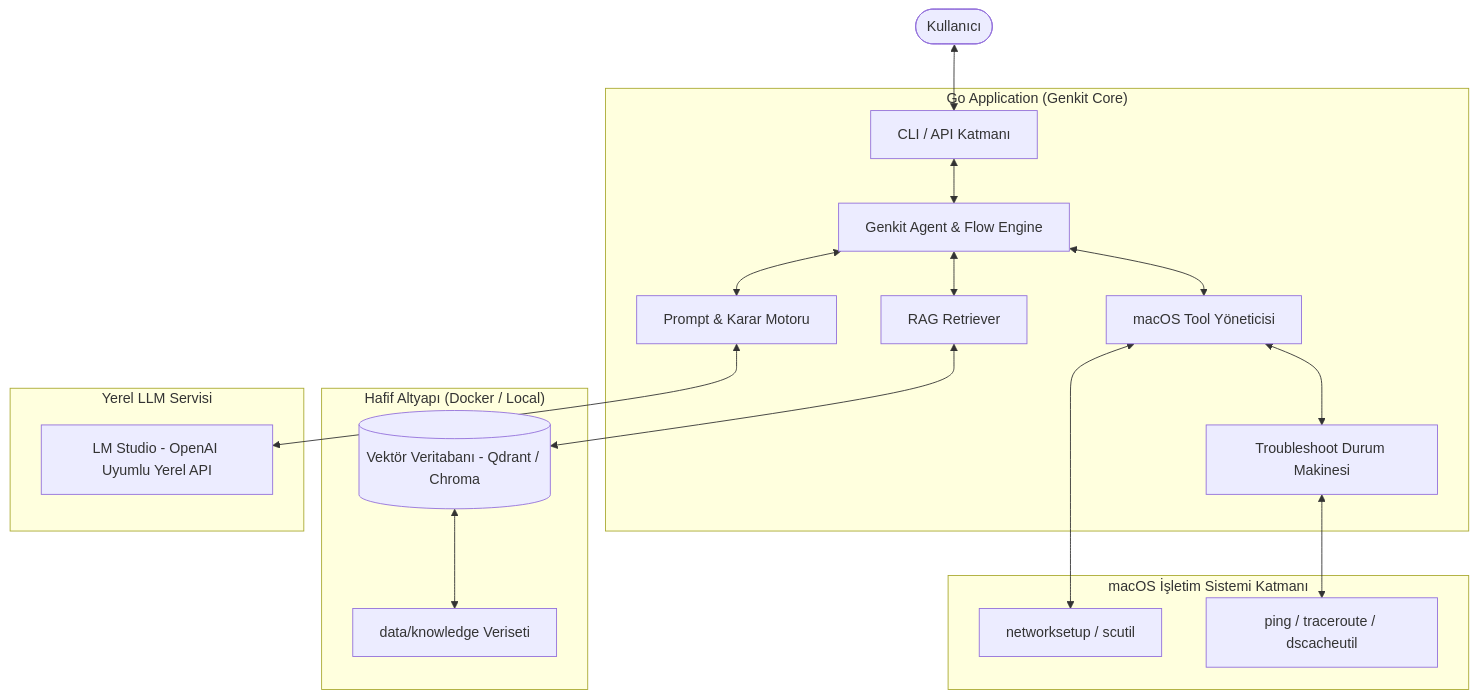
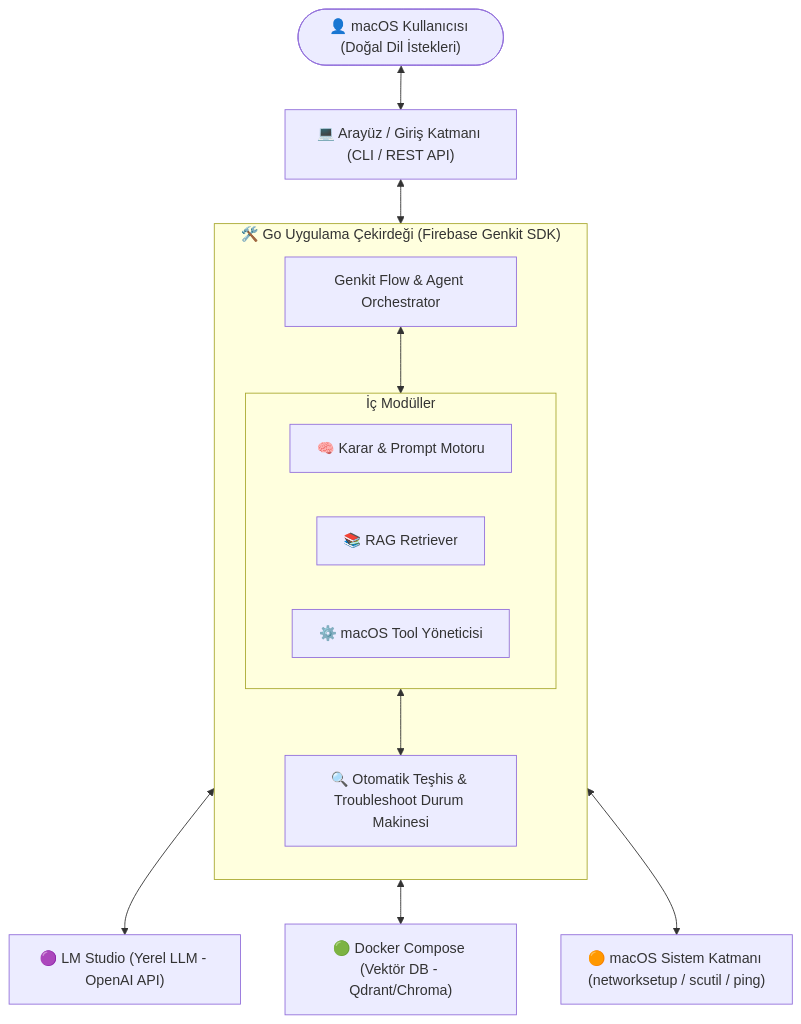
One commit to SametKula/staj-projesi changed the diagram in chatbot-mimari.md. Above: the diagram before and after it, drawn with Mermaid. The commit also changed 3 other files, not shown here.

Commit message:
docs: add high-res architecture diagram and updated vertical flow

````diff
--- a/chatbot-mimari.md
+++ b/chatbot-mimari.md
@@ -24,26 +26,27 @@
 ```mermaid
-graph TD
-    User([Kullanıcı]) <--> Interface[CLI / API Katmanı]
+flowchart TD
+    User(["👤 macOS Kullanıcısı (Doğal Dil İstekleri)"]) <--> Interface["💻 Arayüz / Giriş Katmanı (CLI / REST API)"]
     
-    subgraph Core ["Go Application (Genkit Core)"]
-        Interface <--> GenkitFlow[Genkit Agent & Flow Engine]
-        GenkitFlow <--> PromptEngine[Prompt & Karar Motoru]
-        GenkitFlow <--> Retriever[RAG Retriever]
-        GenkitFlow <--> ToolManager[macOS Tool Yöneticisi]
-        ToolManager <--> TroubleshootFSM[Troubleshoot Durum Makinesi]
+    Interface <--> Core
+
+    subgraph Core ["🛠️ Go Uygulama Çekirdeği (Firebase Genkit SDK)"]
+        direction TB
+        GenkitAgent["Genkit Flow & Agent Orchestrator"]
+        
+        subgraph CoreModules ["İç Modüller"]
+            direction LR
+            Decision["🧠 Karar & Prompt Motoru"]
+            RAG["📚 RAG Retriever"]
+            ToolMgr["⚙️ macOS Tool Yöneticisi"]
+        end
+        
+        Diagnostics["🔍 Otomatik Teşhis & Troubleshoot Durum Makinesi"]
+        
+        GenkitAgent <--> CoreModules
+        ToolMgr <--> Diagnostics
     end
 
-    subgraph Storage ["Hafif Altyapı (Docker / Local)"]
-        Retriever <--> VectorDB[(Vektör Veritabanı - Qdrant / Chroma)]
-        VectorDB <--> KnowledgeBase[data/knowledge Veriseti]
-    end
-
-    subgraph LLM ["Yerel LLM Servisi"]
-        PromptEngine <--> LMStudio[LM Studio - OpenAI Uyumlu Yerel API]
-    end
-
-    subgraph OS ["macOS İşletim Sistemi Katmanı"]
-        ToolManager <--> NetworksetupCLI[networksetup / scutil]
-        TroubleshootFSM <--> PingRouteCLI[ping / traceroute / dscacheutil]
-    end
+    Decision <--> LLM["🟣 LM Studio (Yerel LLM - OpenAI API)"]
+    RAG <--> Storage["🟢 Docker Compose (Vektör DB - Qdrant/Chroma)"]
+    ToolMgr <--> OS["🟠 macOS Sistem Katmanı (networksetup / scutil / ping)"]
 ```
````
